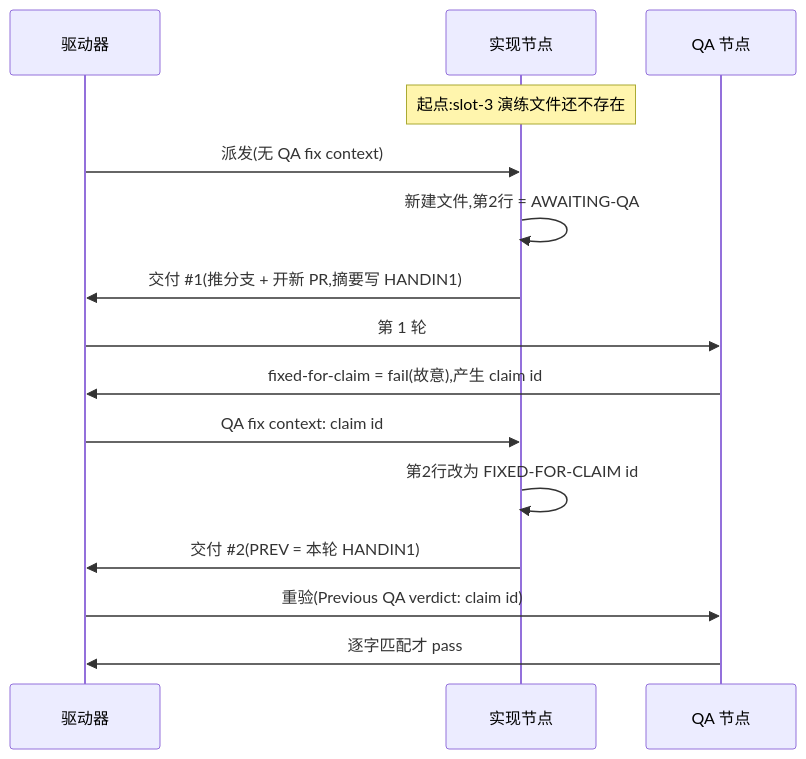
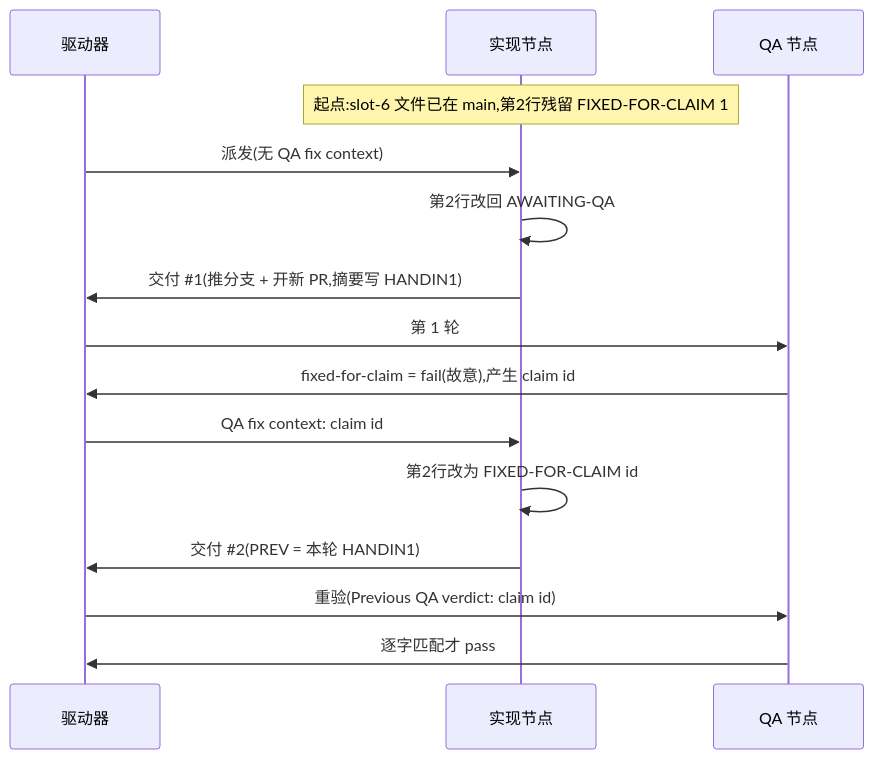
The diagram in engineering/doc/FLY-3150-real-runner-drill/d1-core-flow.mmd (xrliAnnie/flywheel-qa-sandbox), drawn with Mermaid before and after one commit. The commit also changed 4 other files, not shown here.

```diff
--- a/engineering/doc/FLY-3150-real-runner-drill/d1-core-flow.mmd
+++ b/engineering/doc/FLY-3150-real-runner-drill/d1-core-flow.mmd
@@ -1,15 +1,15 @@
 sequenceDiagram
     participant D as 驱动器
     participant I as 实现节点
     participant Q as QA 节点
-    Note over I: 起点:slot-3 演练文件还不存在
+    Note over I: 起点:slot-6 文件已在 main,第2行残留 FIXED-FOR-CLAIM 1
     D->>I: 派发(无 QA fix context)
-    I->>I: 新建文件,第2行 = AWAITING-QA
+    I->>I: 第2行改回 AWAITING-QA
     I->>D: 交付 #35;1(推分支 + 开新 PR,摘要写 HANDIN1)
     D->>Q: 第 1 轮
     Q->>D: fixed-for-claim = fail(故意),产生 claim id
     D->>I: QA fix context: claim id
     I->>I: 第2行改为 FIXED-FOR-CLAIM id
     I->>D: 交付 #35;2(PREV = 本轮 HANDIN1)
     D->>Q: 重验(Previous QA verdict: claim id)
     Q->>D: 逐字匹配才 pass
```
